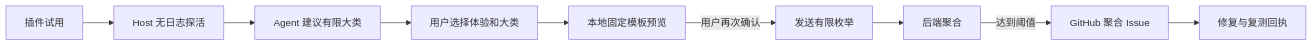
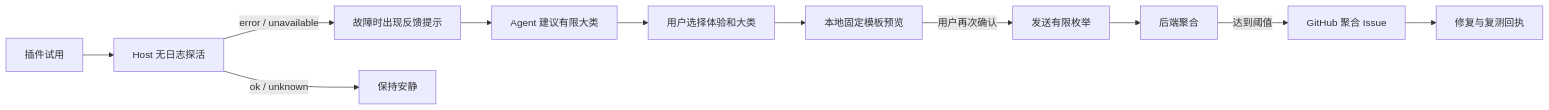
Before and after one commit to omdsh-dev/omdsh-plugin-lab: the diagram in README.md, drawn with Mermaid. The commit also changed other lines of this file and 24 other files, not shown here.

````diff
--- a/README.md
+++ b/README.md
@@ -16,11 +18,13 @@
 ```mermaid
 flowchart LR
   A["插件试用"] --> B["Host 无日志探活"]
-  B --> C["Agent 建议有限大类"]
-  C --> D["用户选择体验和大类"]
+  B -->|"error / unavailable"| C["故障时出现反馈提示"]
+  B -->|"ok / unknown"| J["保持安静"]
+  C --> K["Agent 建议有限大类"]
+  K --> D["用户选择体验和大类"]
   D --> E["本地固定模板预览"]
   E -->|"用户再次确认"| F["发送有限枚举"]
   F --> G["后端聚合"]
   G -->|"达到阈值"| H["GitHub 聚合 Issue"]
   H --> I["修复与复测回执"]
 ```
````
